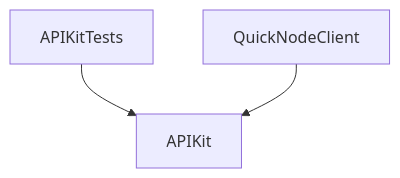
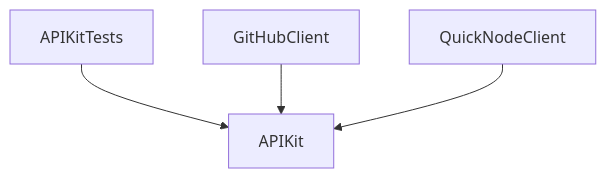
The diagram in Packages/ClientPackage/README.md (caaaption/caaaption), drawn with Mermaid before and after one commit.

Commit message:
Run dgraph (#311)

````diff
--- a/Packages/ClientPackage/README.md
+++ b/Packages/ClientPackage/README.md
@@ -3,5 +3,6 @@
 ```mermaid
 graph TD;
     APIKitTests-->APIKit;
+    GitHubClient-->APIKit;
     QuickNodeClient-->APIKit;
 ```
````
